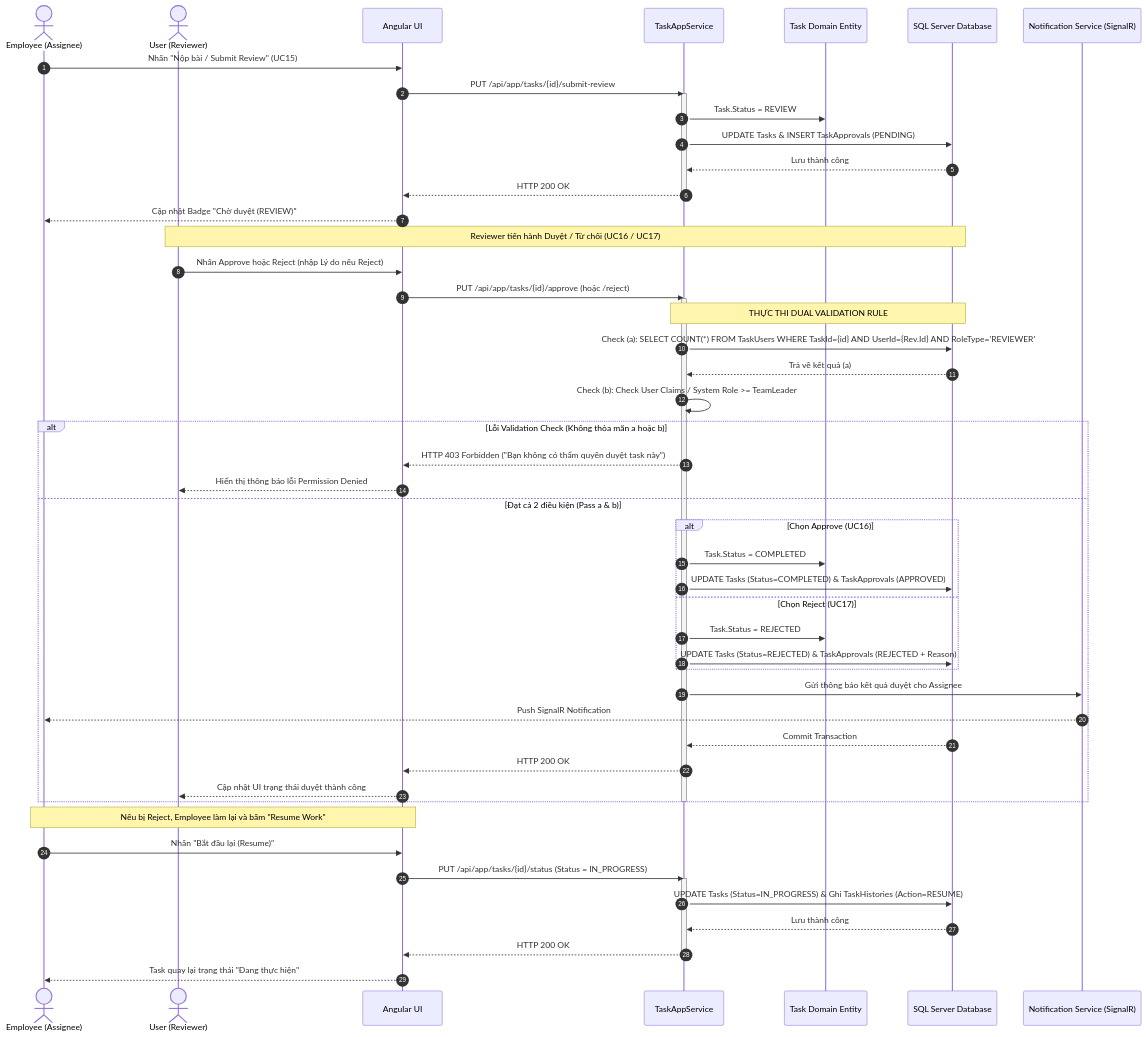
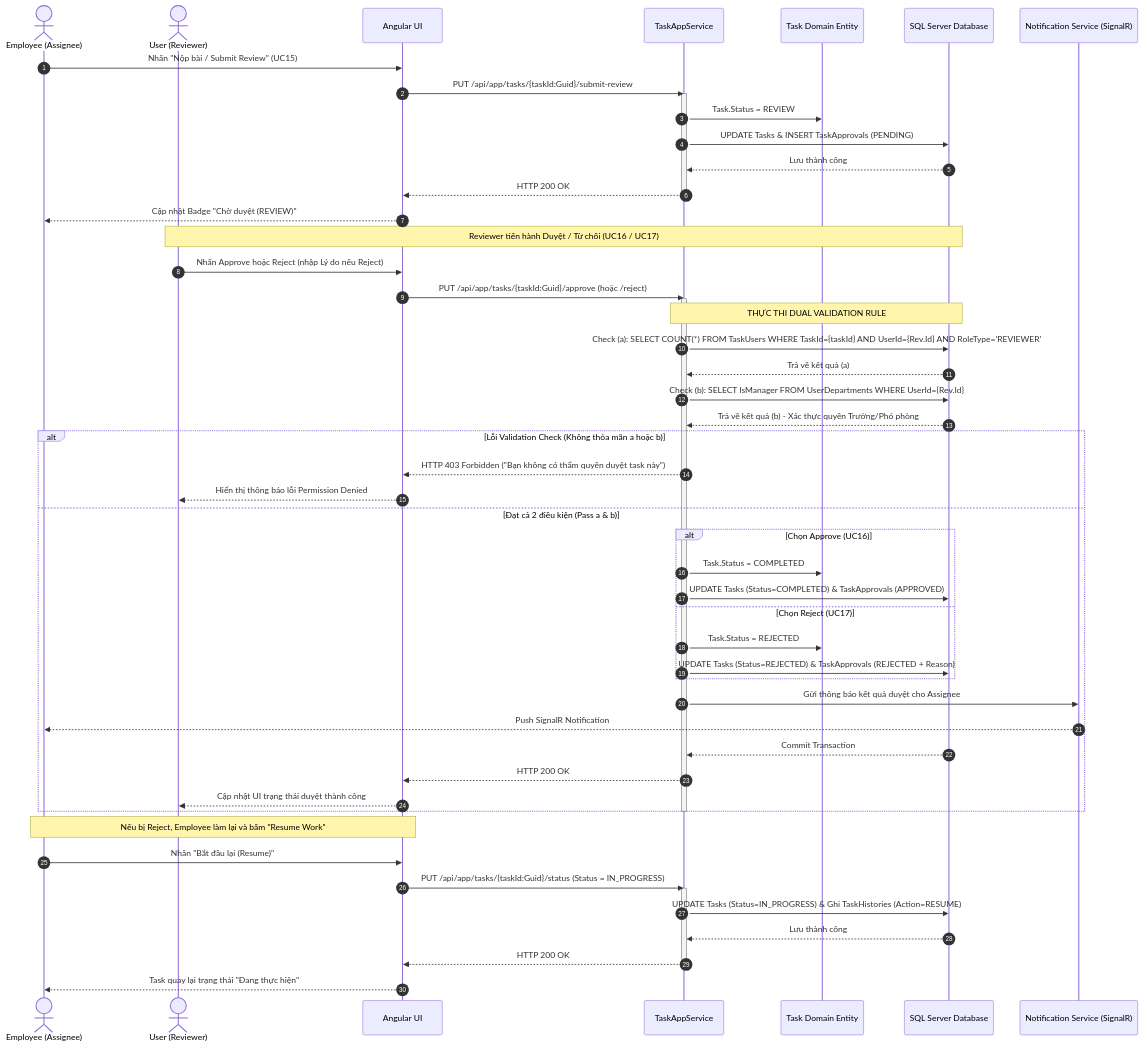
One commit to anhhthuu2404/task-management changed the seventh of 13 diagrams in document/Design_Diagrams.md. Above: the diagram before and after it, drawn with Mermaid. The commit also changed other lines of this file, not shown here.

````diff
--- a/document/Design_Diagrams.md
+++ b/document/Design_Diagrams.md
@@ -409,62 +409,63 @@
 ```mermaid
 sequenceDiagram
     autonumber
     actor Emp as Employee (Assignee)
     actor Rev as User (Reviewer)
     participant UI as Angular UI
     participant AppSrv as TaskAppService
     participant Domain as Task Domain Entity
     participant DB as SQL Server Database
     participant Notif as Notification Service (SignalR)
 
     Emp->>UI: Nhấn "Nộp bài / Submit Review" (UC15)
-    UI->>AppSrv: PUT /api/app/tasks/{id}/submit-review
+    UI->>AppSrv: PUT /api/app/tasks/{taskId:Guid}/submit-review
     activate AppSrv
     AppSrv->>Domain: Task.Status = REVIEW
     AppSrv->>DB: UPDATE Tasks & INSERT TaskApprovals (PENDING)
     DB-->>AppSrv: Lưu thành công
     AppSrv-->>UI: HTTP 200 OK
     deactivate AppSrv
 
     UI-->>Emp: Cập nhật Badge "Chờ duyệt (REVIEW)"
 
     Note over Rev, DB: Reviewer tiến hành Duyệt / Từ chối (UC16 / UC17)
     Rev->>UI: Nhấn Approve hoặc Reject (nhập Lý do nếu Reject)
-    UI->>AppSrv: PUT /api/app/tasks/{id}/approve (hoặc /reject)
+    UI->>AppSrv: PUT /api/app/tasks/{taskId:Guid}/approve (hoặc /reject)
     activate AppSrv
 
     Note over AppSrv, DB: THỰC THI DUAL VALIDATION RULE
-    AppSrv->>DB: Check (a): SELECT COUNT(*) FROM TaskUsers WHERE TaskId={id} AND UserId={Rev.Id} AND RoleType='REVIEWER'
+    AppSrv->>DB: Check (a): SELECT COUNT(*) FROM TaskUsers WHERE TaskId={taskId} AND UserId={Rev.Id} AND RoleType='REVIEWER'
     DB-->>AppSrv: Trả về kết quả (a)
-    AppSrv->>AppSrv: Check (b): Check User Claims / System Role >= TeamLeader
+    AppSrv->>DB: Check (b): SELECT IsManager FROM UserDepartments WHERE UserId={Rev.Id}
+    DB-->>AppSrv: Trả về kết quả (b) - Xác thực quyền Trưởng/Phó phòng
 
     alt Lỗi Validation Check (Không thỏa mãn a hoặc b)
         AppSrv-->>UI: HTTP 403 Forbidden ("Bạn không có thẩm quyền duyệt task này")
         UI-->>Rev: Hiển thị thông báo lỗi Permission Denied
     else Đạt cả 2 điều kiện (Pass a & b)
         alt Chọn Approve (UC16)
             AppSrv->>Domain: Task.Status = COMPLETED
             AppSrv->>DB: UPDATE Tasks (Status=COMPLETED) & TaskApprovals (APPROVED)
         else Chọn Reject (UC17)
             AppSrv->>Domain: Task.Status = REJECTED
             AppSrv->>DB: UPDATE Tasks (Status=REJECTED) & TaskApprovals (REJECTED + Reason)
         end
 
         AppSrv->>Notif: Gửi thông báo kết quả duyệt cho Assignee
         Notif-->>Emp: Push SignalR Notification
         DB-->>AppSrv: Commit Transaction
         AppSrv-->>UI: HTTP 200 OK
         UI-->>Rev: Cập nhật UI trạng thái duyệt thành công
     end
     deactivate AppSrv
 
     Note over Emp, UI: Nếu bị Reject, Employee làm lại và bấm "Resume Work"
     Emp->>UI: Nhấn "Bắt đầu lại (Resume)"
-    UI->>AppSrv: PUT /api/app/tasks/{id}/status (Status = IN_PROGRESS)
+    UI->>AppSrv: PUT /api/app/tasks/{taskId:Guid}/status (Status = IN_PROGRESS)
     activate AppSrv
     AppSrv->>DB: UPDATE Tasks (Status=IN_PROGRESS) & Ghi TaskHistories (Action=RESUME)
     DB-->>AppSrv: Lưu thành công
     AppSrv-->>UI: HTTP 200 OK
     deactivate AppSrv
     UI-->>Emp: Task quay lại trạng thái "Đang thực hiện"
 ```
````
